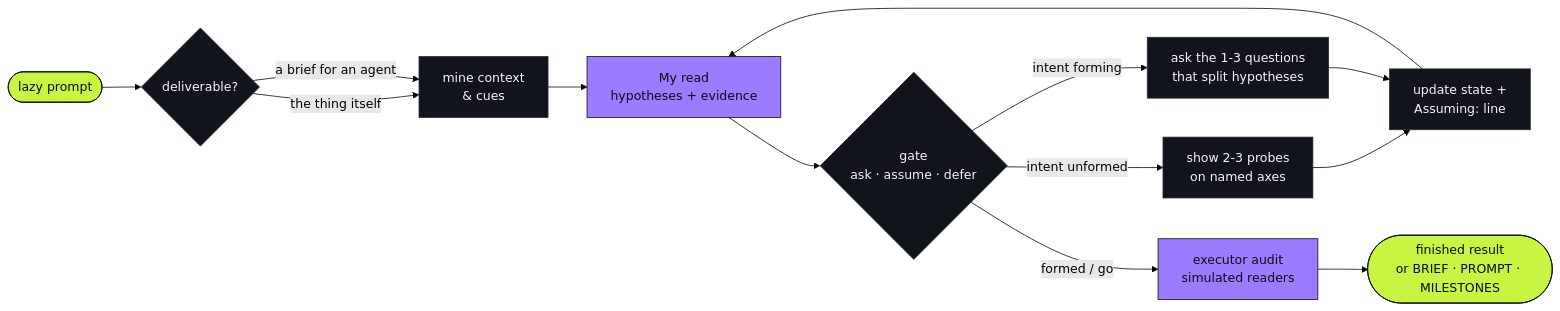
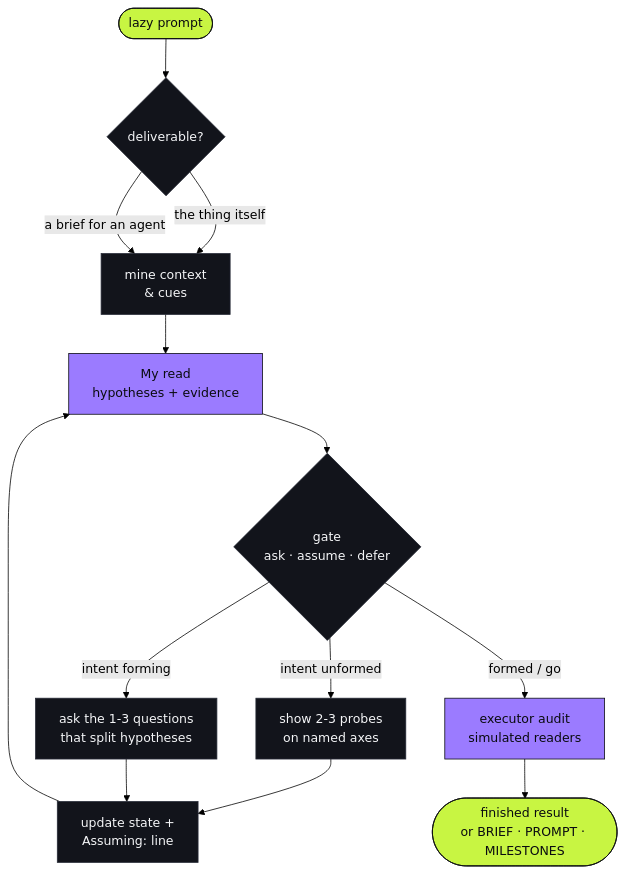
Before and after one commit to justinjd00/eazypromptin: the diagram in README.md, drawn with Mermaid (forest theme). The commit also changed other lines of this file, not shown here.

Commit message:
README: top-down flow, compact star chart, tidier install line

````diff
--- a/README.md
+++ b/README.md
@@ -97,22 +99,22 @@
 ```mermaid
-flowchart LR
+flowchart TD
     A([lazy prompt]) --> D{deliverable?}
     D -->|the thing itself| M
     D -->|a brief for an agent| M
     M[mine context<br/>& cues] --> R[My read<br/>hypotheses + evidence]
     R --> G{gate<br/>ask · assume · defer}
     G -->|intent unformed| P[show 2-3 probes<br/>on named axes]
     G -->|intent forming| Q[ask the 1-3 questions<br/>that split hypotheses]
     G -->|formed / go| AU[executor audit<br/>simulated readers]
     P --> U[update state +<br/>Assuming: line]
     Q --> U
     U --> R
     AU --> O([finished result<br/>or BRIEF · PROMPT · MILESTONES])
 
     classDef lime fill:#C8F542,stroke:#0A0B10,color:#0A0B10;
     classDef violet fill:#9B7BFF,stroke:#0A0B10,color:#0A0B10;
     classDef ink fill:#12141B,stroke:#262A36,color:#F4F5F7;
     class A,O lime;
     class R,AU violet;
     class D,M,G,P,Q,U ink;
 ```
````
